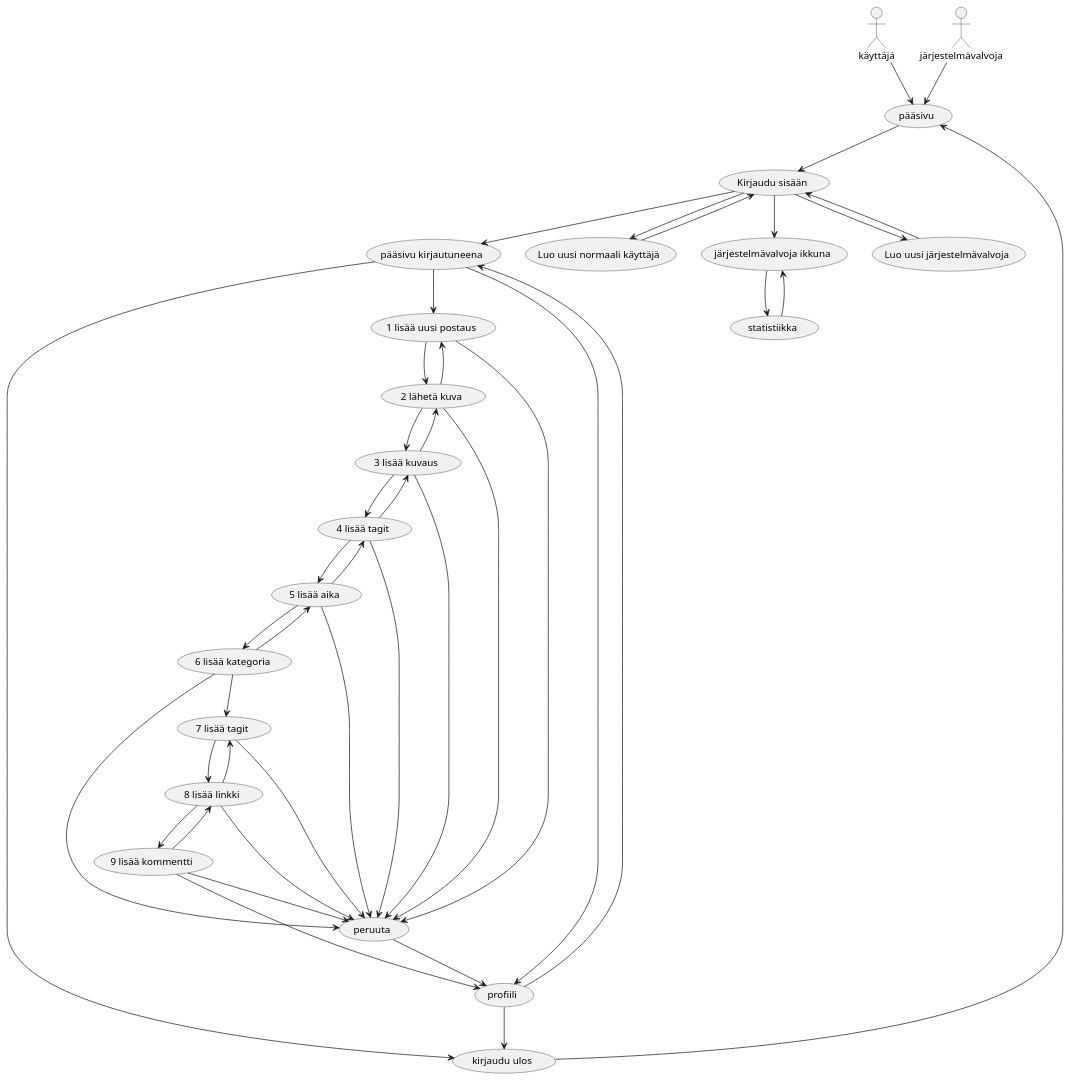
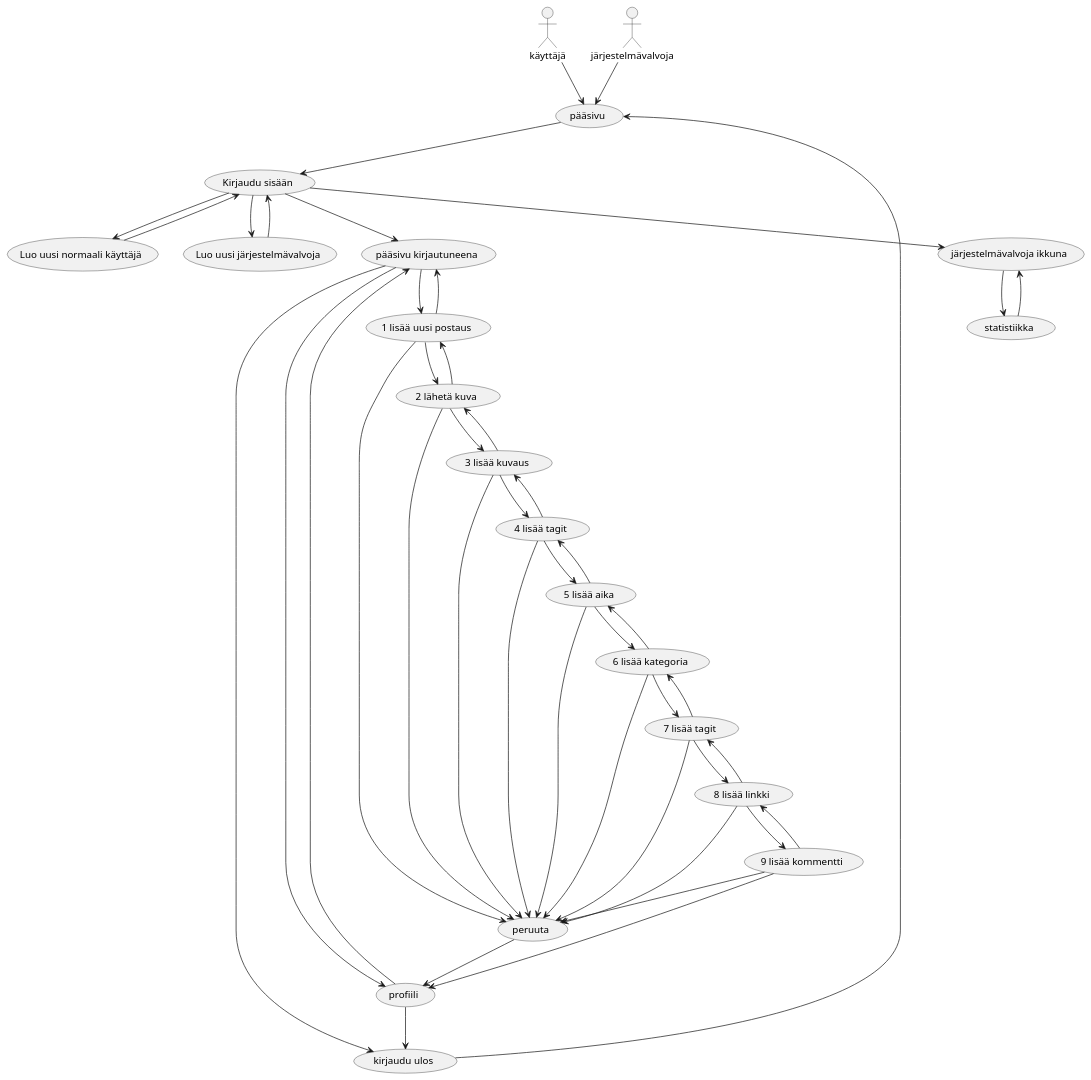
The diagram in uml/uiKulku.wsd (Krugou/medialiapp), drawn with PlantUML before and after one commit.

```diff
--- a/uml/uiKulku.wsd
+++ b/uml/uiKulku.wsd
@@ -1,52 +1,53 @@
 @startuml uikulku
 käyttäjä--> (pääsivu)
 järjestelmävalvoja --> (pääsivu)
     (pääsivu) --> (Kirjaudu sisään)
     (Kirjaudu sisään)--> (Luo uusi normaali käyttäjä)
     (Luo uusi normaali käyttäjä)--> (Kirjaudu sisään)
     (Kirjaudu sisään)--> (Luo uusi järjestelmävalvoja)
     (Luo uusi järjestelmävalvoja)--> (Kirjaudu sisään)
     (Kirjaudu sisään)--> (pääsivu kirjautuneena)
     (pääsivu kirjautuneena)-->(profiili)
     (profiili)--> (pääsivu kirjautuneena)
     (pääsivu kirjautuneena)--> (1 lisää uusi postaus)
-    
+    (1 lisää uusi postaus)-->(pääsivu kirjautuneena)
     (kirjaudu ulos)-->(pääsivu)
     (pääsivu kirjautuneena)--> (kirjaudu ulos)
     (profiili)--> (kirjaudu ulos)
     (1 lisää uusi postaus)-->(2 lähetä kuva)
     (1 lisää uusi postaus)-->(peruuta)
     (2 lähetä kuva)-->(1 lisää uusi postaus)
     (2 lähetä kuva)--> (peruuta)
     (2 lähetä kuva)-->(3 lisää kuvaus)
     (3 lisää kuvaus)--> (peruuta)
     (3 lisää kuvaus)-->(2 lähetä kuva)
     (3 lisää kuvaus)--> (4 lisää tagit)
     (4 lisää tagit)--> (peruuta)
     (4 lisää tagit)--> (5 lisää aika)
     (4 lisää tagit)--> (3 lisää kuvaus)
     (5 lisää aika)--> (peruuta)
     (5 lisää aika)--> (6 lisää kategoria)
     (5 lisää aika)--> (4 lisää tagit)
     (6 lisää kategoria)--> (7 lisää tagit)
     (6 lisää kategoria)-->(5 lisää aika)
     (6 lisää kategoria)--> (peruuta)
+    (7 lisää tagit)-->(6 lisää kategoria)
     (7 lisää tagit)--> (8 lisää linkki)
     (7 lisää tagit)--> (peruuta)
     (8 lisää linkki)-->(7 lisää tagit)
     (8 lisää linkki)-->(peruuta)
     (8 lisää linkki)--> (9 lisää kommentti)
     (9 lisää kommentti)-->(8 lisää linkki)
     (9 lisää kommentti)-->(peruuta)
     (9 lisää kommentti)--> (profiili)
     (peruuta)--> (profiili)
     
     
     
     
     
     
     (Kirjaudu sisään)-->(järjestelmävalvoja ikkuna)
     (järjestelmävalvoja ikkuna)--> (statistiikka)
     (statistiikka)--> (järjestelmävalvoja ikkuna)
   @enduml
```
